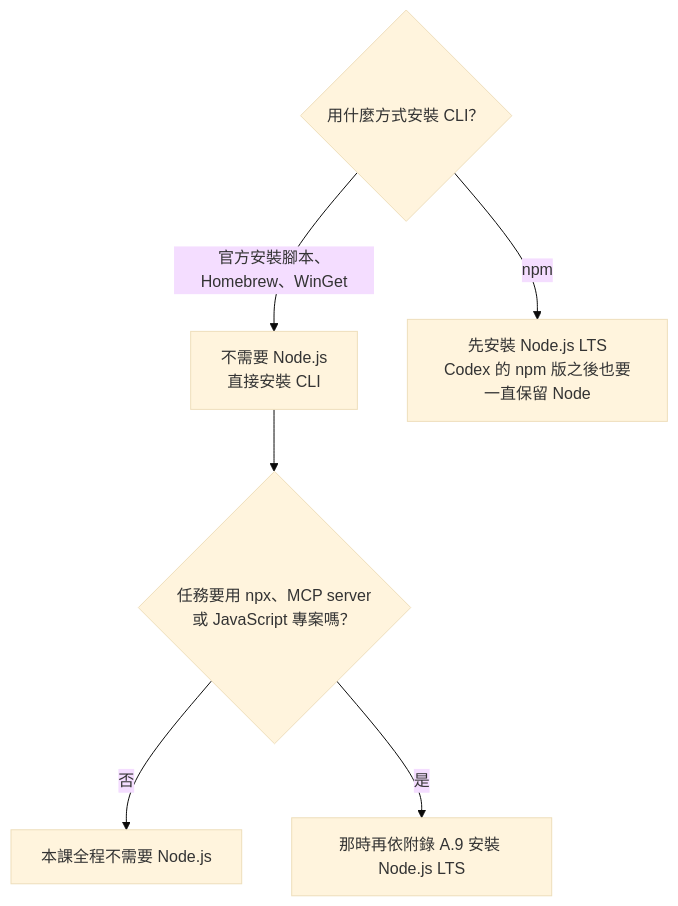
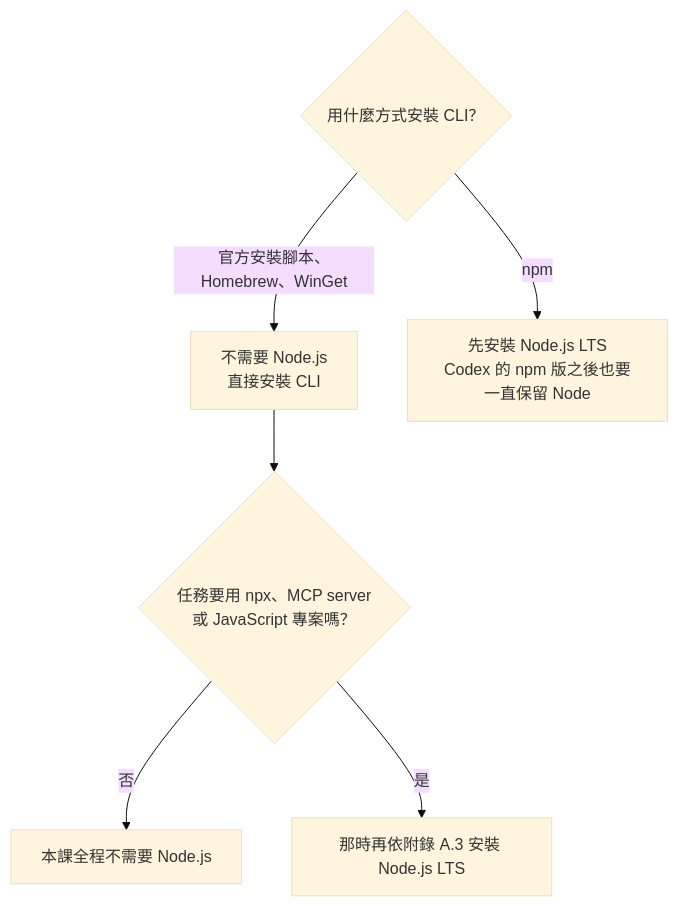
Before and after one commit to joelhoty/ocgit: the sixth of 7 diagrams in AI_Agent_CLi/00_intro.md, drawn with Mermaid (base theme). The commit also changed other lines of this file and 41 other files, not shown here.

````diff
--- a/AI_Agent_CLi/00_intro.md
+++ b/AI_Agent_CLi/00_intro.md
@@ -1349,9 +1581,9 @@
 ```mermaid
 flowchart TD
     Q1{"用什麼方式安裝 CLI？"}
     Q1 -->|官方安裝腳本、Homebrew、WinGet| N1["不需要 Node.js<br/>直接安裝 CLI"]
     Q1 -->|npm| Y1["先安裝 Node.js LTS<br/>Codex 的 npm 版之後也要一直保留 Node"]
     N1 --> Q2{"任務要用 npx、MCP server<br/>或 JavaScript 專案嗎？"}
     Q2 -->|否| N2["本課全程不需要 Node.js"]
-    Q2 -->|是| Y2["那時再依附錄 A.9 安裝 Node.js LTS"]
+    Q2 -->|是| Y2["那時再依附錄 A.3 安裝 Node.js LTS"]
 ```
````
